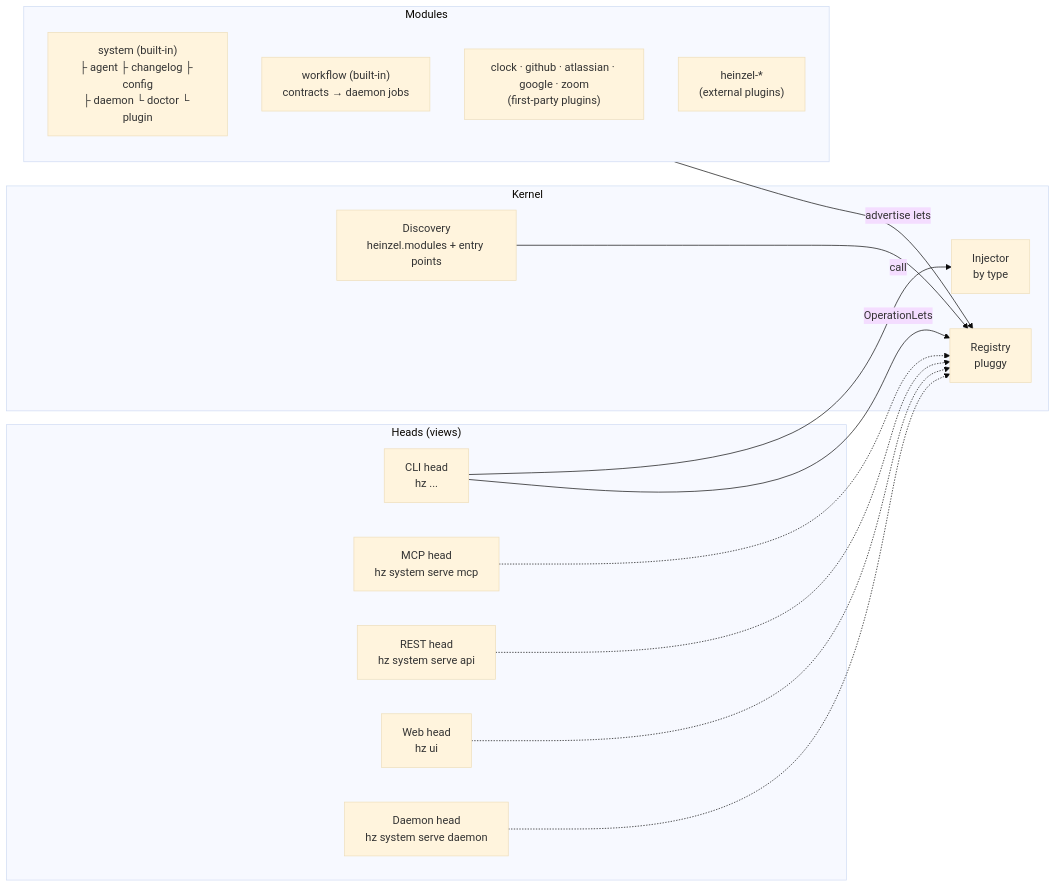
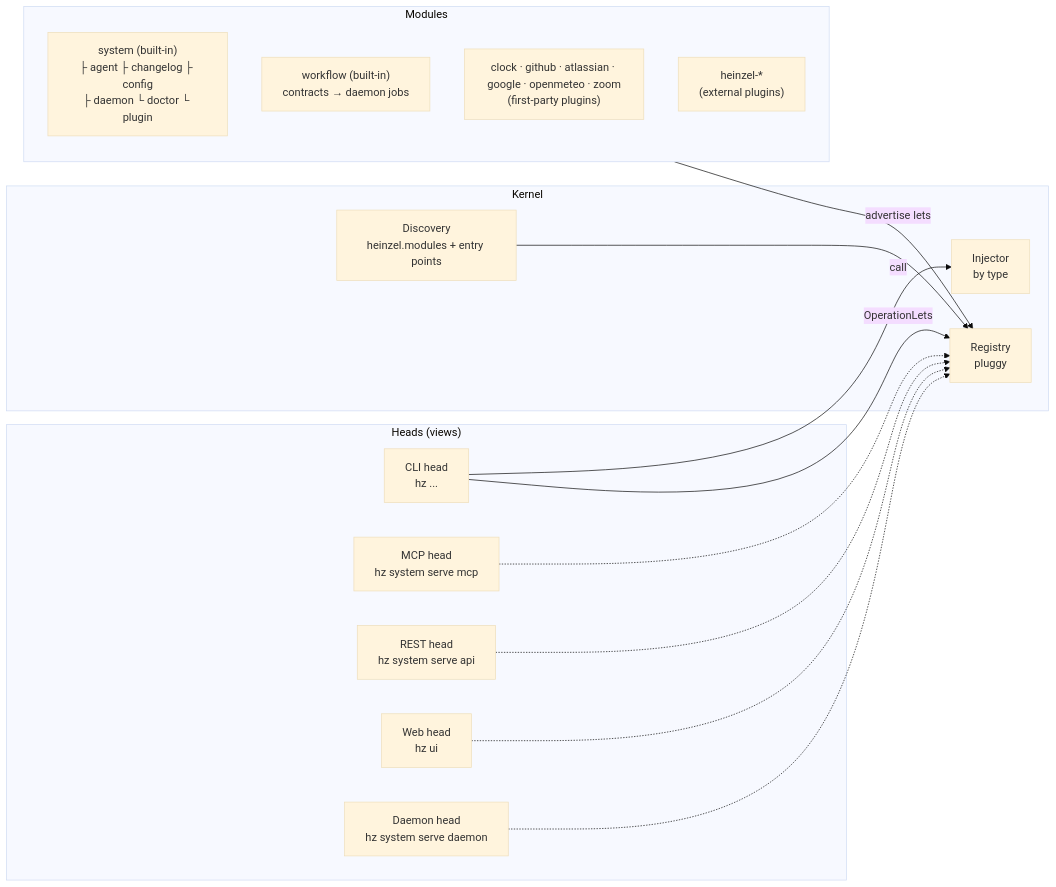
One commit to helmut-hoffer-von-ankershoffen/heinzel changed the diagram in docs/ARCHITECTURE.md. Above: the diagram before and after it, drawn with Mermaid (base theme). The commit also changed other lines of this file and 51 other files, not shown here.

````diff
--- a/docs/ARCHITECTURE.md
+++ b/docs/ARCHITECTURE.md
@@ -5,29 +5,29 @@
 ```mermaid
 flowchart LR
     subgraph Heads["Heads (views)"]
         CLI["CLI head<br/>hz ..."]
         MCP["MCP head<br/>hz system serve mcp"]
         REST["REST head<br/>hz system serve api"]
         Web["Web head<br/>hz ui"]
         Daemon["Daemon head<br/>hz system serve daemon"]
     end
     subgraph Kernel
         Discovery["Discovery<br/>heinzel.modules + entry points"]
         Registry["Registry<br/>pluggy"]
         Injector["Injector<br/>by type"]
     end
     subgraph Modules
         System["system (built-in)<br/>├ agent ├ changelog ├ config<br/>├ daemon └ doctor └ plugin"]
         Workflow["workflow (built-in)<br/>contracts → daemon jobs"]
-        Clock["clock · github · atlassian · google · zoom<br/>(first-party plugins)"]
+        Clock["clock · github · atlassian · google · openmeteo · zoom<br/>(first-party plugins)"]
         Ext["heinzel-*<br/>(external plugins)"]
     end
     Discovery --> Registry
     Modules -- "advertise lets" --> Registry
     CLI -- "OperationLets" --> Registry
     MCP -.-> Registry
     REST -.-> Registry
     Web -.-> Registry
     Daemon -.-> Registry
     CLI -- "call" --> Injector
 ```
````
